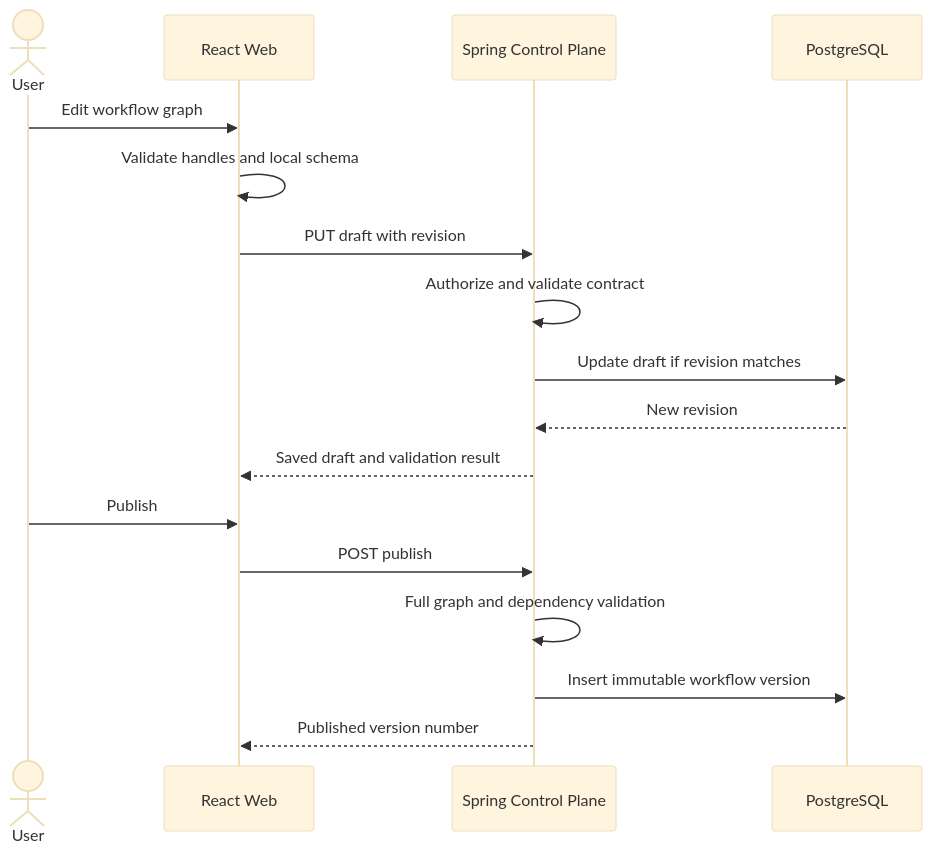
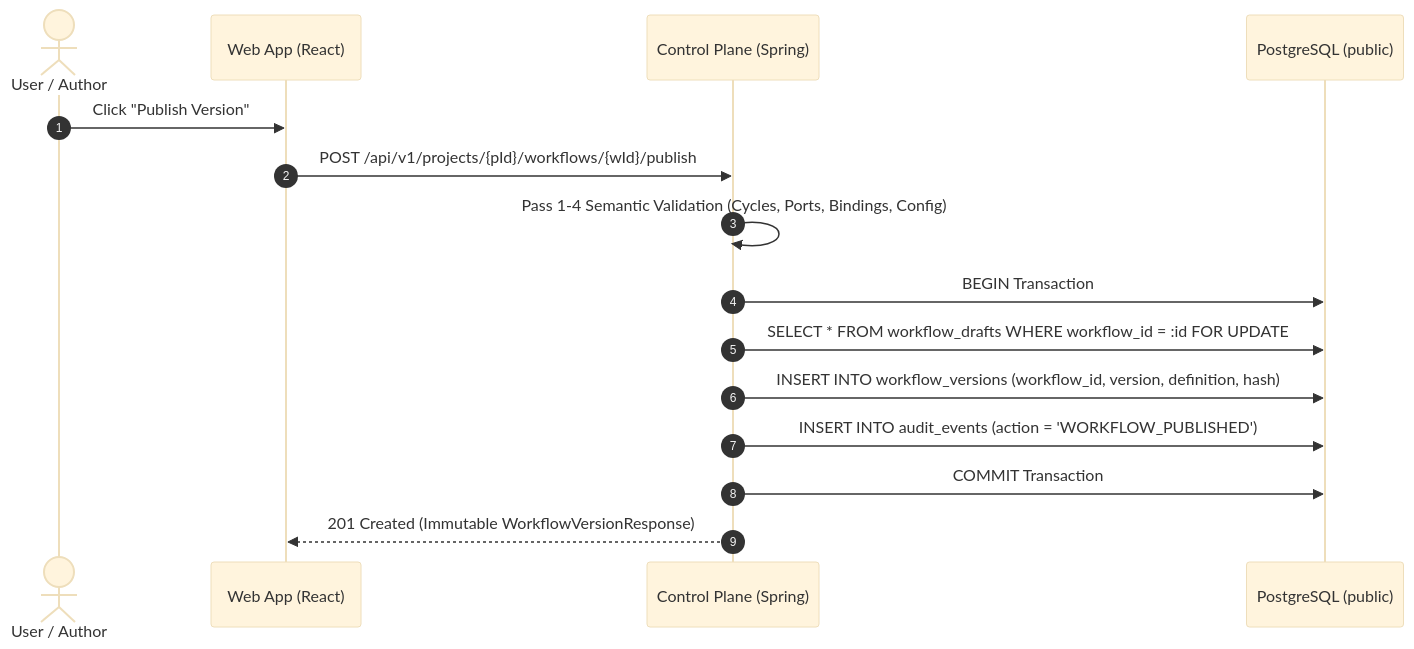
One commit to ShriNarayanPandey01/Ai_Workflow changed the second of 5 diagrams in design/HLD.md. Above: the diagram before and after it, drawn with Mermaid (base theme). The commit also changed other lines of this file and 17 other files, not shown here.

````diff
--- a/design/HLD.md
+++ b/design/HLD.md
@@ -220,20 +130,18 @@
 ```mermaid
 sequenceDiagram
-    actor User
-    participant Web as React Web
-    participant CP as Spring Control Plane
-    participant DB as PostgreSQL
+    autonumber
+    actor User as User / Author
+    participant Web as Web App (React)
+    participant CP as Control Plane (Spring)
+    participant DB as PostgreSQL (public)
 
-    User->>Web: Edit workflow graph
-    Web->>Web: Validate handles and local schema
-    Web->>CP: PUT draft with revision
-    CP->>CP: Authorize and validate contract
-    CP->>DB: Update draft if revision matches
-    DB-->>CP: New revision
-    CP-->>Web: Saved draft and validation result
-    User->>Web: Publish
-    Web->>CP: POST publish
-    CP->>CP: Full graph and dependency validation
-    CP->>DB: Insert immutable workflow version
-    CP-->>Web: Published version number
+    User->>Web: Click "Publish Version"
+    Web->>CP: POST /api/v1/projects/{pId}/workflows/{wId}/publish
+    CP->>CP: Pass 1-4 Semantic Validation (Cycles, Ports, Bindings, Config)
+    CP->>DB: BEGIN Transaction
+    CP->>DB: SELECT * FROM workflow_drafts WHERE workflow_id = :id FOR UPDATE
+    CP->>DB: INSERT INTO workflow_versions (workflow_id, version, definition, hash)
+    CP->>DB: INSERT INTO audit_events (action = 'WORKFLOW_PUBLISHED')
+    CP->>DB: COMMIT Transaction
+    CP-->>Web: 201 Created (Immutable WorkflowVersionResponse)
 ```
````
